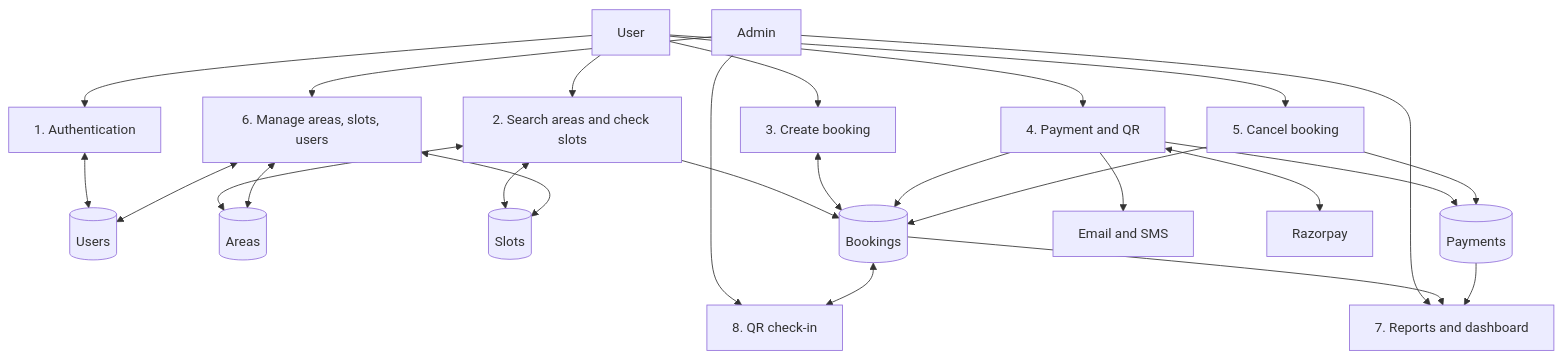
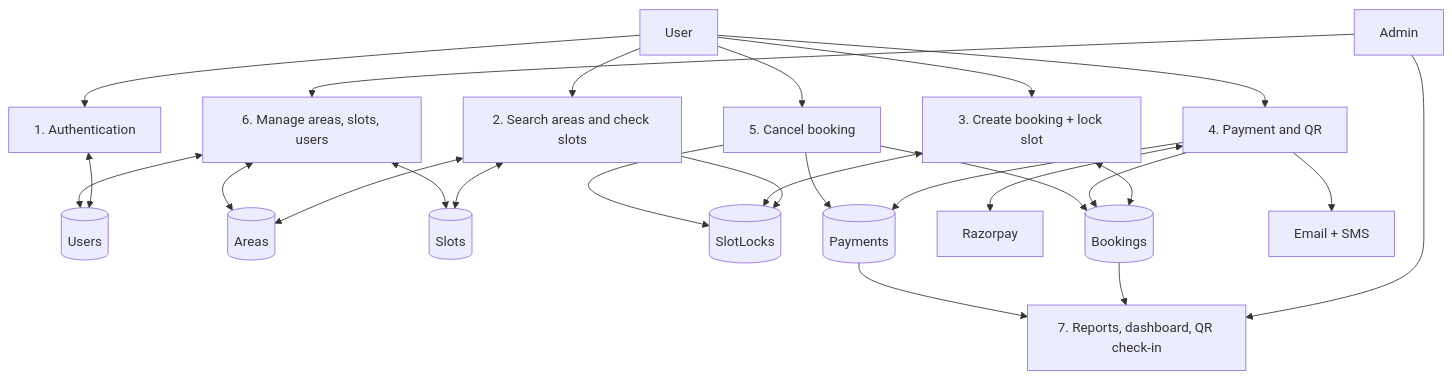
Before and after one commit to krushna1845/parkease: the fourth of 8 diagrams in parkease/README.md, drawn with Mermaid. The commit also changed other lines of this file, not shown here.

````diff
--- a/parkease/README.md
+++ b/parkease/README.md
@@ -79,28 +80,28 @@
 ```mermaid
 flowchart TB
   U[User] --> P1[1. Authentication]
   P1 <--> D1[(Users)]
   U --> P2[2. Search areas and check slots]
   P2 <--> D2[(Areas)]
   P2 <--> D3[(Slots)]
-  P2 --> D4[(Bookings)]
-  U --> P3[3. Create booking]
-  P3 <--> D4
+  P2 --> D6[(SlotLocks)]
+  U --> P3[3. Create booking + lock slot]
+  P3 <--> D4[(Bookings)]
+  P3 <--> D6
   U --> P4[4. Payment and QR]
+  P4 <--> G[Razorpay]
   P4 --> D5[(Payments)]
   P4 --> D4
-  P4 --> E[Email and SMS]
-  P4 <--> G[Razorpay]
+  P4 --> N[Email + SMS]
   U --> P5[5. Cancel booking]
   P5 --> D4
   P5 --> D5
+  P5 --> D6
   A[Admin] --> P6[6. Manage areas, slots, users]
   P6 <--> D1
   P6 <--> D2
   P6 <--> D3
-  A --> P8[8. QR check-in]
-  D4 <--> P8
-  A --> P7[7. Reports and dashboard]
+  A --> P7[7. Reports, dashboard, QR check-in]
   D4 --> P7
   D5 --> P7
 ```
````
